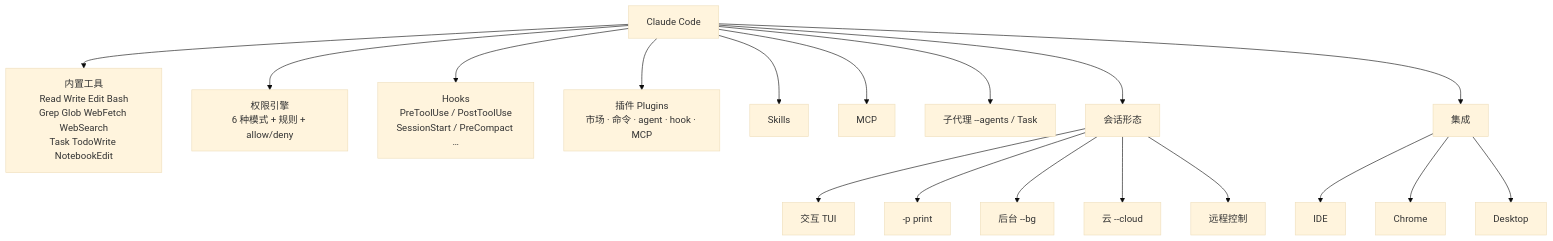
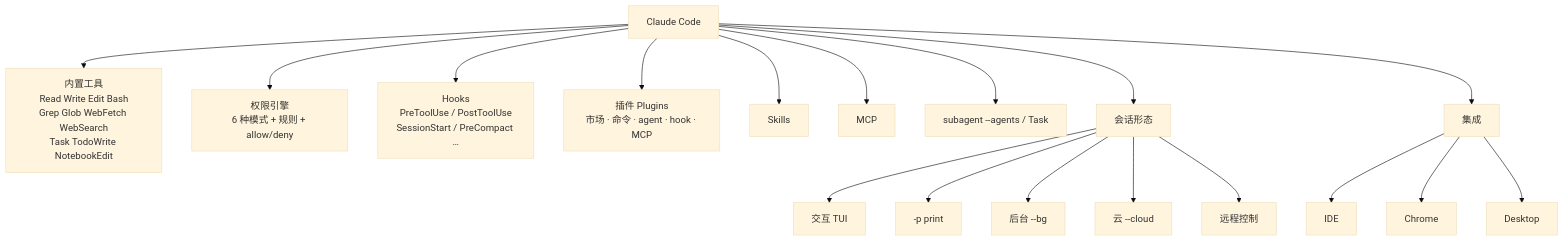
The diagram in book/14-claude-code.md (fxjs/ai-coding-agents-book), drawn with Mermaid (base theme) before and after one commit. The commit also changed other lines of this file and 29 other files, not shown here.

````diff
--- a/book/14-claude-code.md
+++ b/book/14-claude-code.md
@@ -10,20 +10,20 @@
 ```mermaid
 flowchart TB
   A[Claude Code] --> B[内置工具<br/>Read Write Edit Bash<br/>Grep Glob WebFetch WebSearch<br/>Task TodoWrite NotebookEdit]
   A --> C[权限引擎<br/>6 种模式 + 规则 + allow/deny]
   A --> D[Hooks<br/>PreToolUse / PostToolUse<br/>SessionStart / PreCompact …]
   A --> E[插件 Plugins<br/>市场 · 命令 · agent · hook · MCP]
   A --> F[Skills]
   A --> G[MCP]
-  A --> H[子代理 --agents / Task]
+  A --> H[subagent --agents / Task]
   A --> I[会话形态]
   I --> I1[交互 TUI]
   I --> I2[-p print]
   I --> I3[后台 --bg]
   I --> I4[云 --cloud]
   I --> I5[远程控制]
   A --> J[集成]
   J --> J1[IDE]
   J --> J2[Chrome]
   J --> J3[Desktop]
 ```
````
